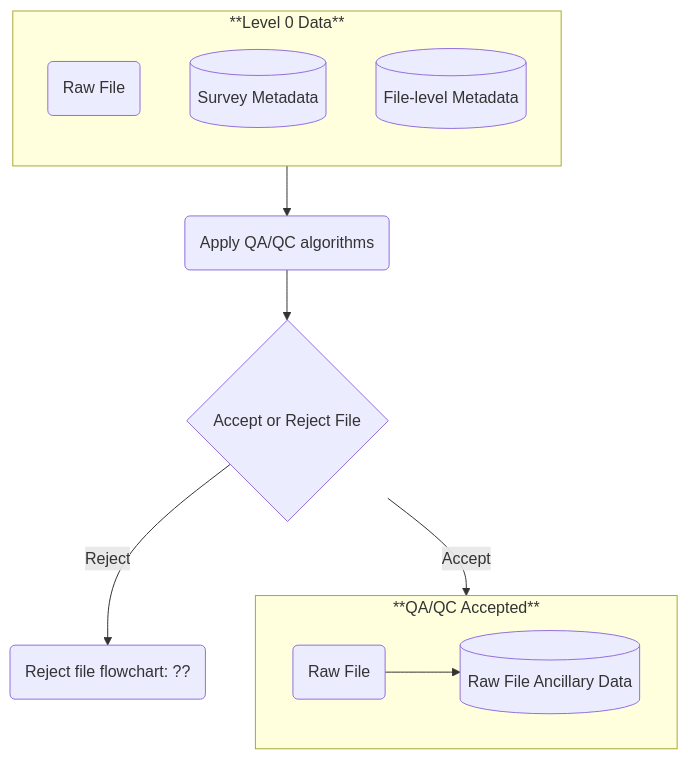
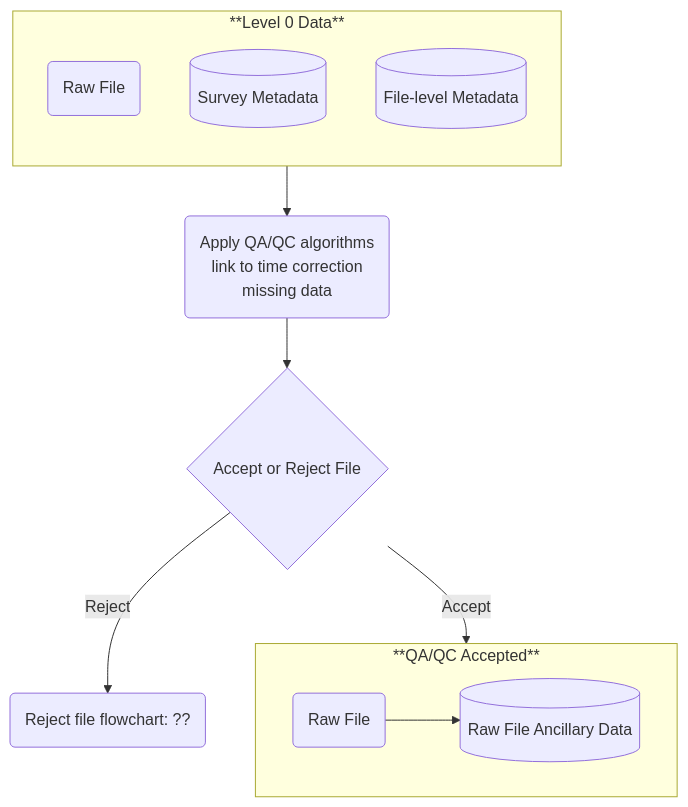
The second of 2 diagrams in README.md (nmfs-ost/AA-SI_DataRoadMap), drawn with Mermaid before and after one commit.

Commit message:
edit schematics

````diff
--- a/README.md
+++ b/README.md
@@ -83,19 +83,19 @@
 ```mermaid
 flowchart TB
     subgraph SG_L0Data["**Level 0 Data**"]
         direction TB
         node_L0RF@{ shape: rounded, label: "Raw File" }
         node_L0SMD@{ shape: database, label: "Survey Metadata" }
         node_RFMD@{ shape: database, label: "File-level Metadata" }
     end
     subgraph SG_AcceptFile["**QA/QC Accepted**"]
         direction LR
         node_L0RF1@{ shape: rounded, label: "Raw File" } --> node_RFAD@{ shape: database, label: "Raw File Ancillary Data" }
     end
-SG_L0Data --> node_QAQC@{ shape: rounded, label: "Apply QA/QC algorithms" }
+SG_L0Data --> node_QAQC@{ shape: rounded, label: "Apply QA/QC algorithms<br/>link to time correction<br/>missing data" }
 node_QAQC --> node_AcceptReject@{ shape: diamond, label: "Accept or Reject File" }
 node_AcceptReject --> |Accept| SG_AcceptFile
 node_AcceptReject --> |Reject| node_Reject@{ shape: rounded, label: "Reject file flowchart: ??" }
 
 
 ```
````
